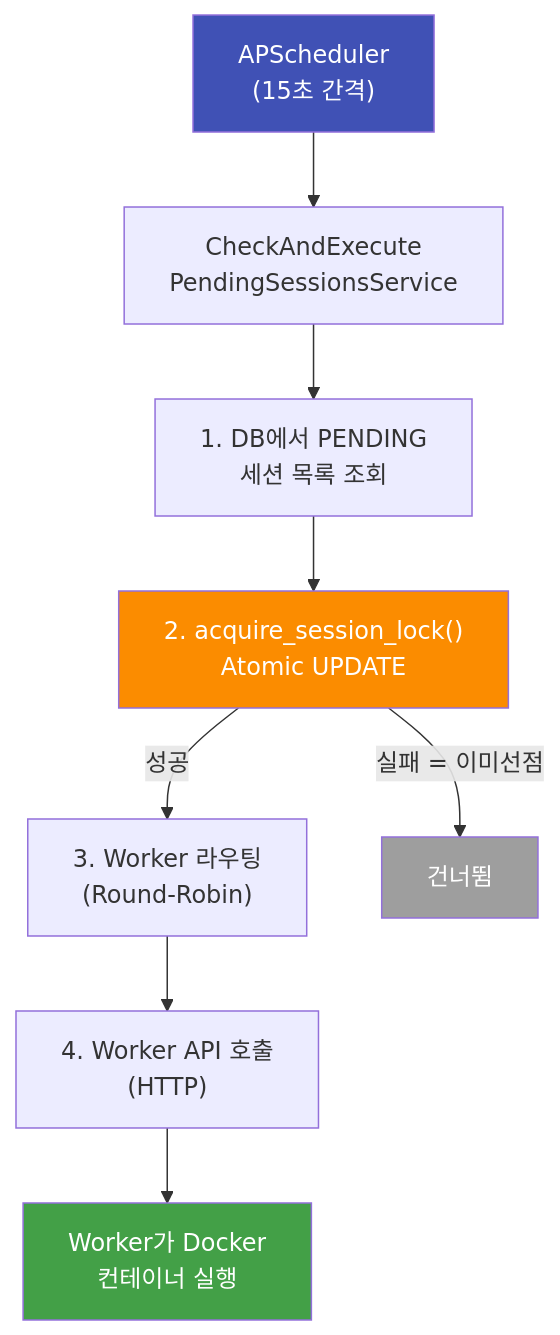
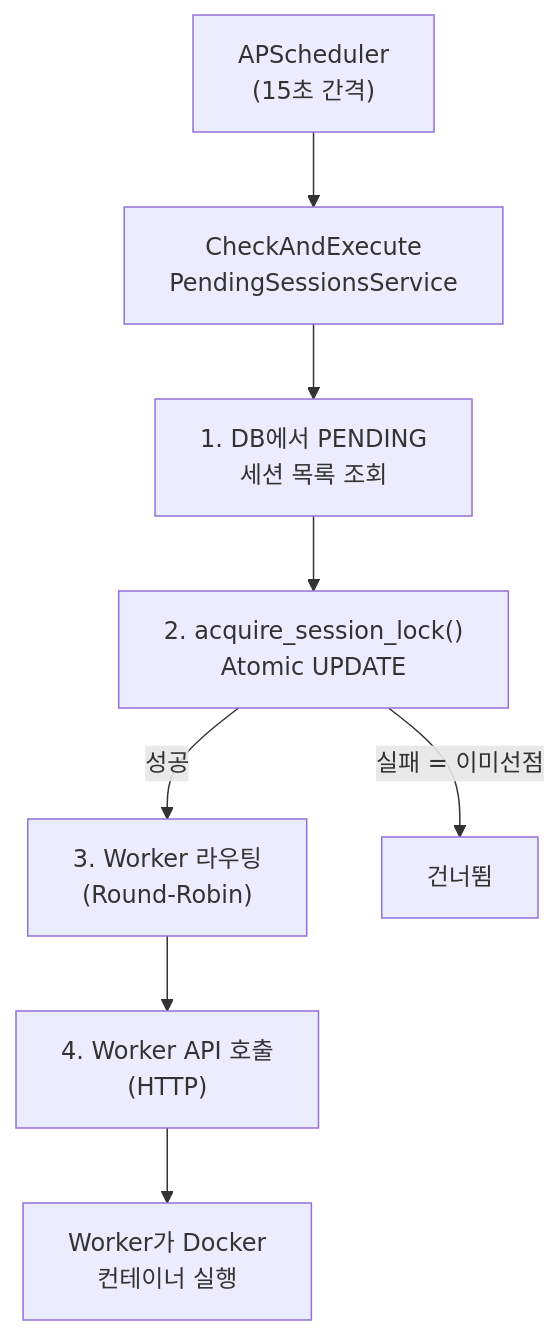
One commit to cybertarzan/vibe-crawler-handover changed the second of 2 diagrams in docs/plans/server-scaling/02-worker-separation.md. Above: the diagram before and after it, drawn with Mermaid. The commit also changed 30 other files, not shown here.

Commit message:
style: 모든 mermaid 다이어그램에서 커스텀 배경색 제거 (기본 테마 사용)

````diff
--- a/docs/plans/server-scaling/02-worker-separation.md
+++ b/docs/plans/server-scaling/02-worker-separation.md
@@ -148,15 +148,11 @@
 ```mermaid
 flowchart TD
     A["APScheduler<br/>(15초 간격)"] --> B["CheckAndExecute<br/>PendingSessionsService"]
     B --> C["1. DB에서 PENDING<br/>세션 목록 조회"]
     C --> D["2. acquire_session_lock()<br/>Atomic UPDATE"]
     D -->|성공| E["3. Worker 라우팅<br/>(Round-Robin)"]
     D -->|실패 = 이미선점| F["건너뜀"]
     E --> G["4. Worker API 호출<br/>(HTTP)"]
     G --> H["Worker가 Docker<br/>컨테이너 실행"]
 
-    style A fill:#4051B5,color:#fff
-    style D fill:#FB8C00,color:#fff
-    style H fill:#43A047,color:#fff
-    style F fill:#9E9E9E,color:#fff
 ```
````
